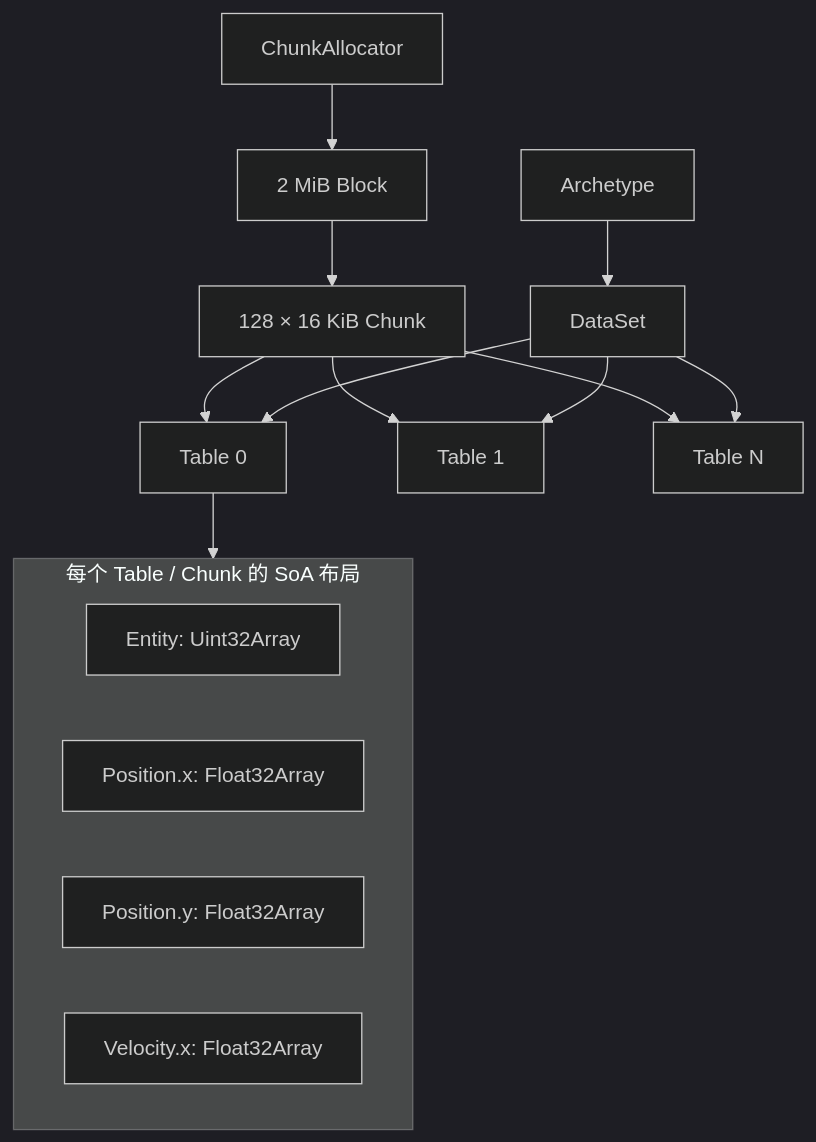
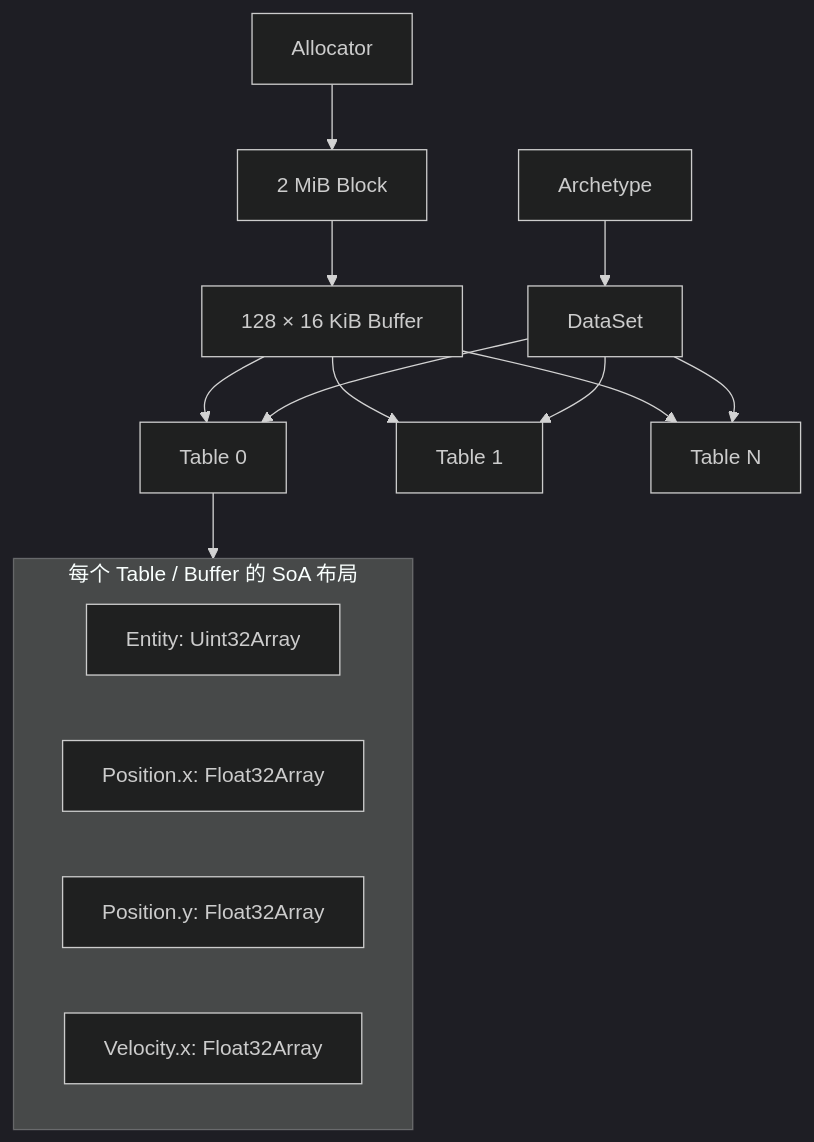
The fourth of 12 diagrams in docs/architecture.md (465089258/zero-ecs), drawn with Mermaid (dark theme) before and after one commit. The commit also changed other lines of this file and 122 other files, not shown here.

First line of the commit message:
feat: refactor memory allocation system to use Buffer instead of ChunkAllocator

````diff
--- a/docs/architecture.md
+++ b/docs/architecture.md
@@ -100,21 +104,21 @@
 ```mermaid
 flowchart TB
-    Allocator["ChunkAllocator"] --> Block["2 MiB Block"]
-    Block --> Chunks["128 × 16 KiB Chunk"]
-    Chunks --> TableA["Table 0"]
-    Chunks --> TableB["Table 1"]
-    Chunks --> TableN["Table N"]
+    Allocator["Allocator"] --> Block["2 MiB Block"]
+    Block --> Buffers["128 × 16 KiB Buffer"]
+    Buffers --> TableA["Table 0"]
+    Buffers --> TableB["Table 1"]
+    Buffers --> TableN["Table N"]
 
-    subgraph TableLayout["每个 Table / Chunk 的 SoA 布局"]
+    subgraph TableLayout["每个 Table / Buffer 的 SoA 布局"]
         EntityColumn["Entity: Uint32Array"]
         PositionX["Position.x: Float32Array"]
         PositionY["Position.y: Float32Array"]
         VelocityX["Velocity.x: Float32Array"]
     end
 
     TableA --> TableLayout
     DataSet["DataSet"] --> TableA
     DataSet --> TableB
     DataSet --> TableN
     Archetype["Archetype"] --> DataSet
 ```
````
